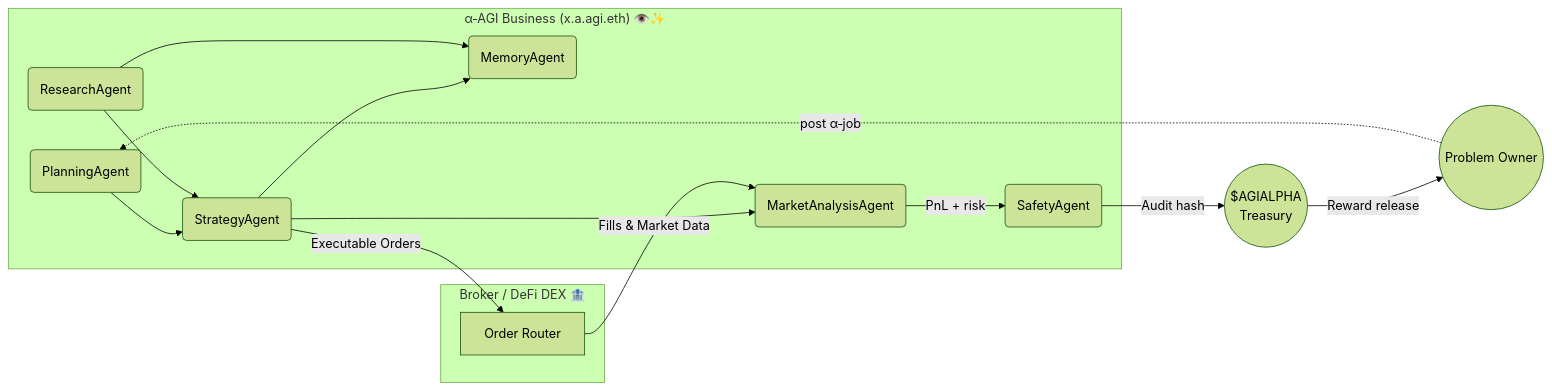
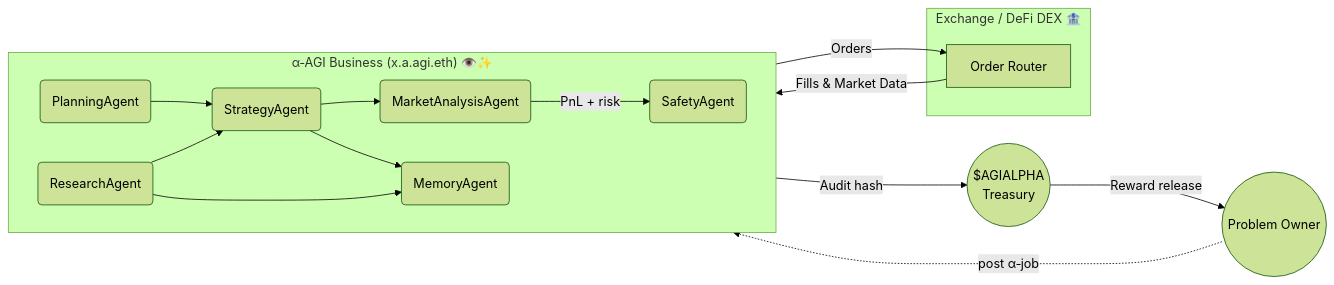
Before and after one commit to vishalbelsare/AGI-Alpha-Agent-v0: the diagram in alpha_factory_v1/demos/alpha_agi_business_v1/README.md, drawn with Mermaid (forest theme). The commit also changed other lines of this file, not shown here.

````diff
--- a/alpha_factory_v1/demos/alpha_agi_business_v1/README.md
+++ b/alpha_factory_v1/demos/alpha_agi_business_v1/README.md
@@ -62,30 +61,31 @@
 ```mermaid
 flowchart LR
     subgraph "α‑AGI Business (x.a.agi.eth) 👁️✨"
+        direction LR
         P(PlanningAgent)
         R(ResearchAgent)
         S(StrategyAgent)
         M(MarketAnalysisAgent)
         T(MemoryAgent)
         F(SafetyAgent)
         P --> S
         R --> S
         S --> M
         M -->|PnL + risk| F
         S --> T
         R --> T
     end
 
-    subgraph Exchange["Broker / DeFi DEX 🏦"]
+    subgraph Broker["Exchange / DeFi DEX 🏦"]
         E[Order Router]
     end
 
     Client((Problem Owner))
     Treasury(($AGIALPHA\nTreasury))
 
     Client -. post α‑job .-> P
-    S -->|Executable Orders| E
+    S -->|Orders| E
     E -->|Fills & Market Data| M
     F -->|Audit hash| Treasury
     Treasury -->|Reward release| Client
 ```
````
